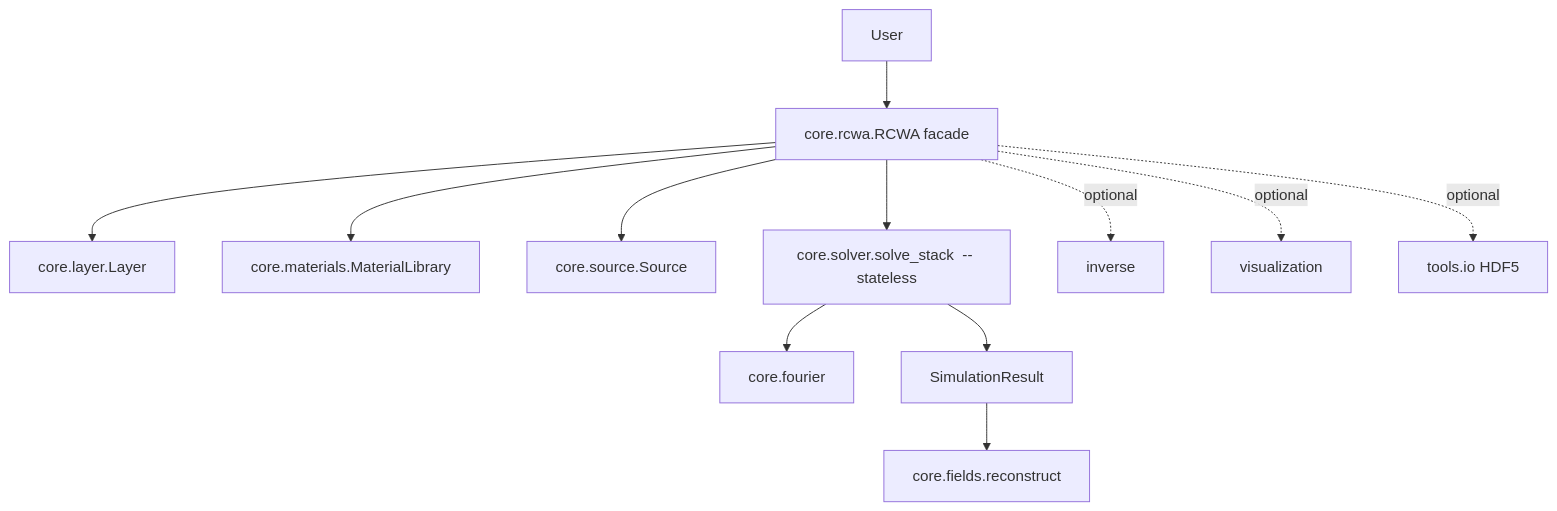
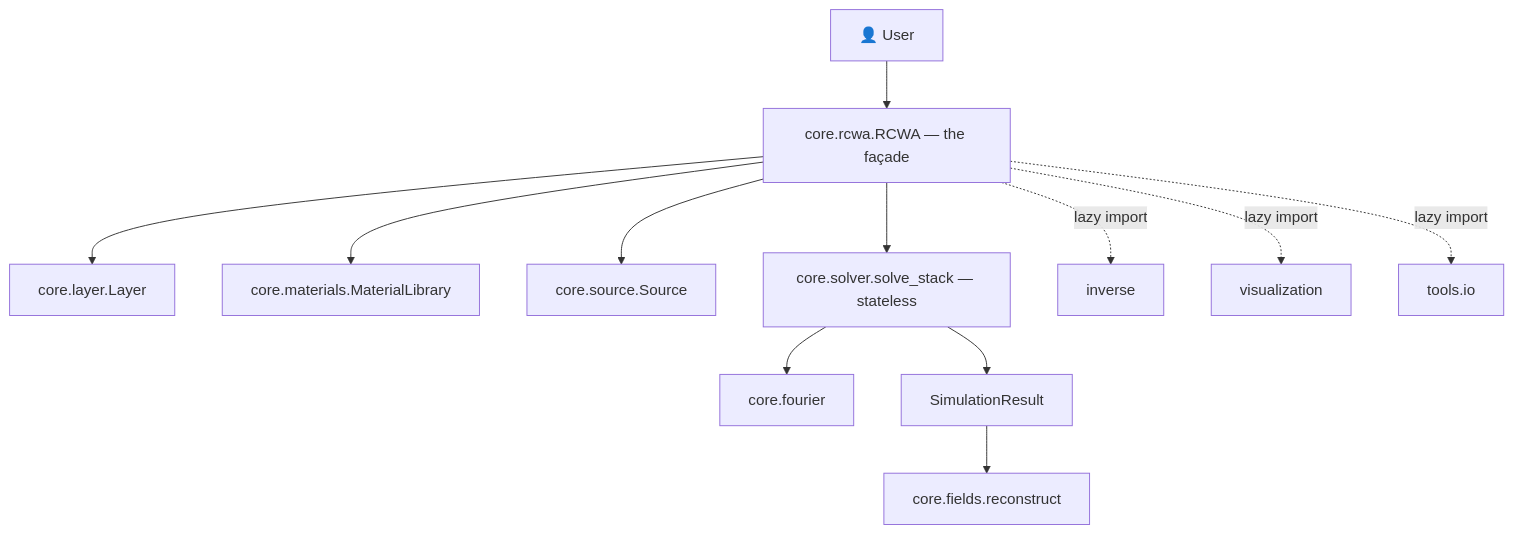
One commit to CAVITYtechnologies/ikarus changed the diagram in docs/developer-guide.md. Above: the diagram before and after it, drawn with Mermaid. The commit also changed other lines of this file and 31 other files, not shown here.

````diff
--- a/docs/developer-guide.md
+++ b/docs/developer-guide.md
@@ -36,14 +33,14 @@
 ```mermaid
 flowchart TD
-    U[User] --> F[core.rcwa.RCWA facade]
+    U["👤 User"] --> F["core.rcwa.RCWA — the façade"]
     F --> L[core.layer.Layer]
     F --> M[core.materials.MaterialLibrary]
     F --> S[core.source.Source]
-    F --> SV[core.solver.solve_stack  -- stateless]
+    F --> SV["core.solver.solve_stack — stateless"]
     SV --> FO[core.fourier]
     SV --> RES[SimulationResult]
     RES --> FLD[core.fields.reconstruct]
-    F -. optional .-> INV[inverse]
-    F -. optional .-> VIZ[visualization]
-    F -. optional .-> IO[tools.io  HDF5]
+    F -. lazy import .-> INV[inverse]
+    F -. lazy import .-> VIZ[visualization]
+    F -. lazy import .-> IO[tools.io]
 ```
````
